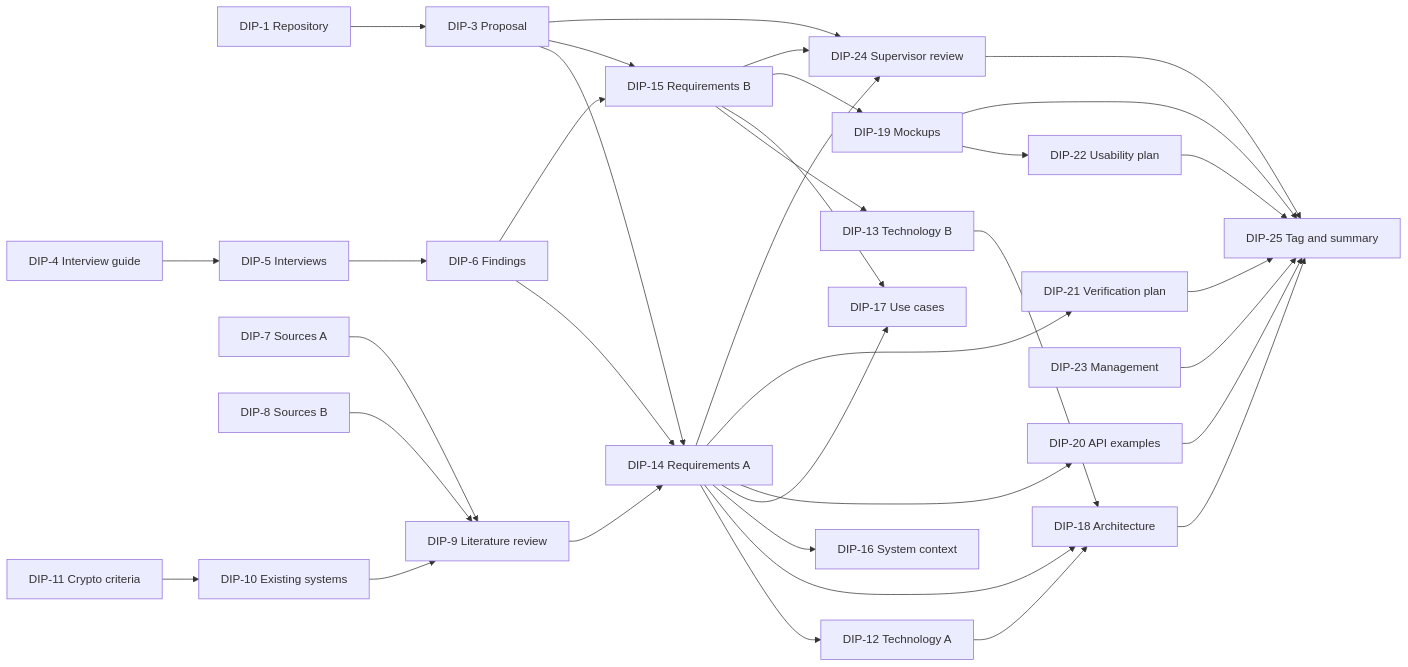
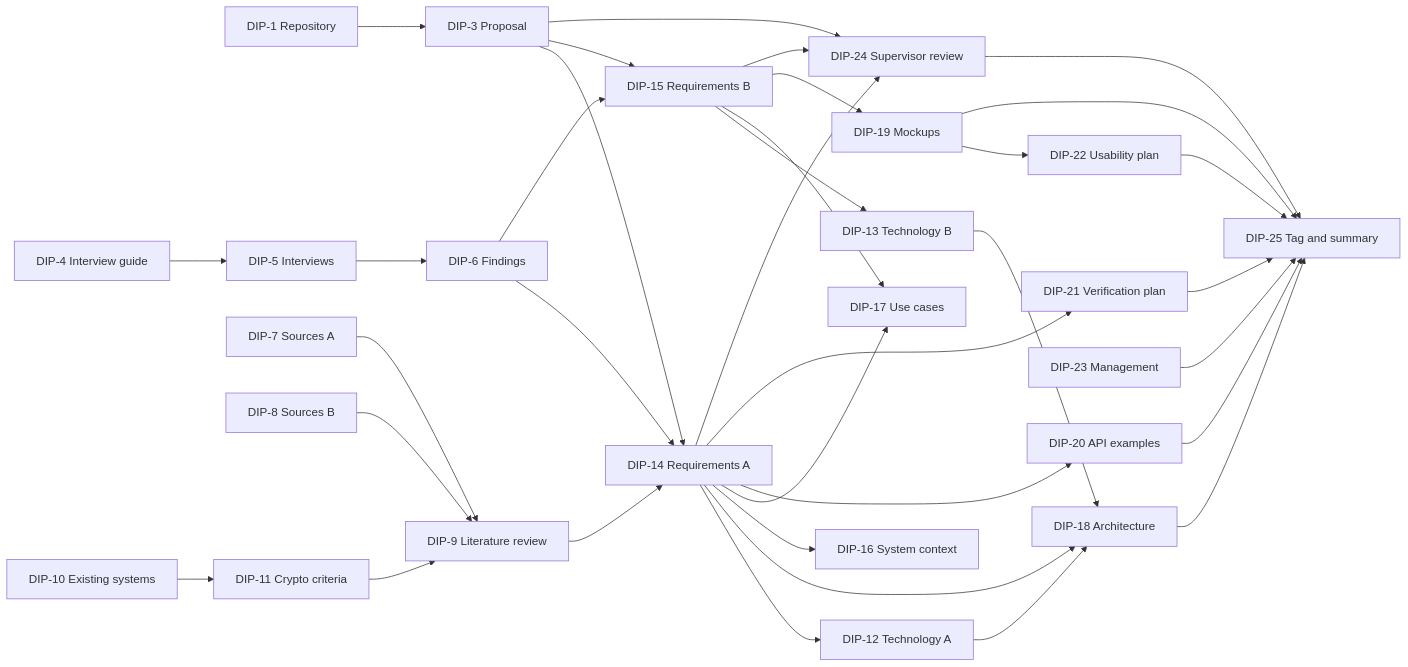
The diagram in docs/10-project-management.md (alishermede/Development-of-a-Digital-Legacy-Platform-with-a-Hybrid-Activation-Mechanism), drawn with Mermaid before and after one commit. The commit also changed other lines of this file, not shown here.

Commit message:
DIP-23: Update DIP-10/11 dependency order, fill M6-M12 dates, and add FR-CRY-11/FR-INV-08 mitigations to R-03 and R-06

````diff
--- a/docs/10-project-management.md
+++ b/docs/10-project-management.md
@@ -77,37 +77,37 @@
 ```mermaid
 flowchart LR
     D1["DIP-1 Repository"] --> D3["DIP-3 Proposal"]
     D3 --> D14["DIP-14 Requirements A"]
     D3 --> D15["DIP-15 Requirements B"]
     D4["DIP-4 Interview guide"] --> D5["DIP-5 Interviews"]
     D5 --> D6["DIP-6 Findings"]
     D6 --> D14
     D6 --> D15
     D7["DIP-7 Sources A"] --> D9["DIP-9 Literature review"]
     D8["DIP-8 Sources B"] --> D9
-    D11["DIP-11 Crypto criteria"] --> D10["DIP-10 Existing systems"]
-    D10 --> D9
+    D10["DIP-10 Existing systems"] --> D11["DIP-11 Crypto criteria"]
+    D11 --> D9
     D9 --> D14
     D14 --> D12["DIP-12 Technology A"]
     D15 --> D13["DIP-13 Technology B"]
     D12 --> D18["DIP-18 Architecture"]
     D13 --> D18
     D14 --> D18
     D14 --> D16["DIP-16 System context"]
     D14 --> D17["DIP-17 Use cases"]
     D15 --> D17
     D15 --> D19["DIP-19 Mockups"]
     D14 --> D20["DIP-20 API examples"]
     D14 --> D21["DIP-21 Verification plan"]
     D19 --> D22["DIP-22 Usability plan"]
     D14 --> D24["DIP-24 Supervisor review"]
     D15 --> D24
     D3 --> D24
     D18 --> D25["DIP-25 Tag and summary"]
     D19 --> D25
     D20 --> D25
     D21 --> D25
     D22 --> D25
     D23["DIP-23 Management"] --> D25
     D24 --> D25
 ```
````
